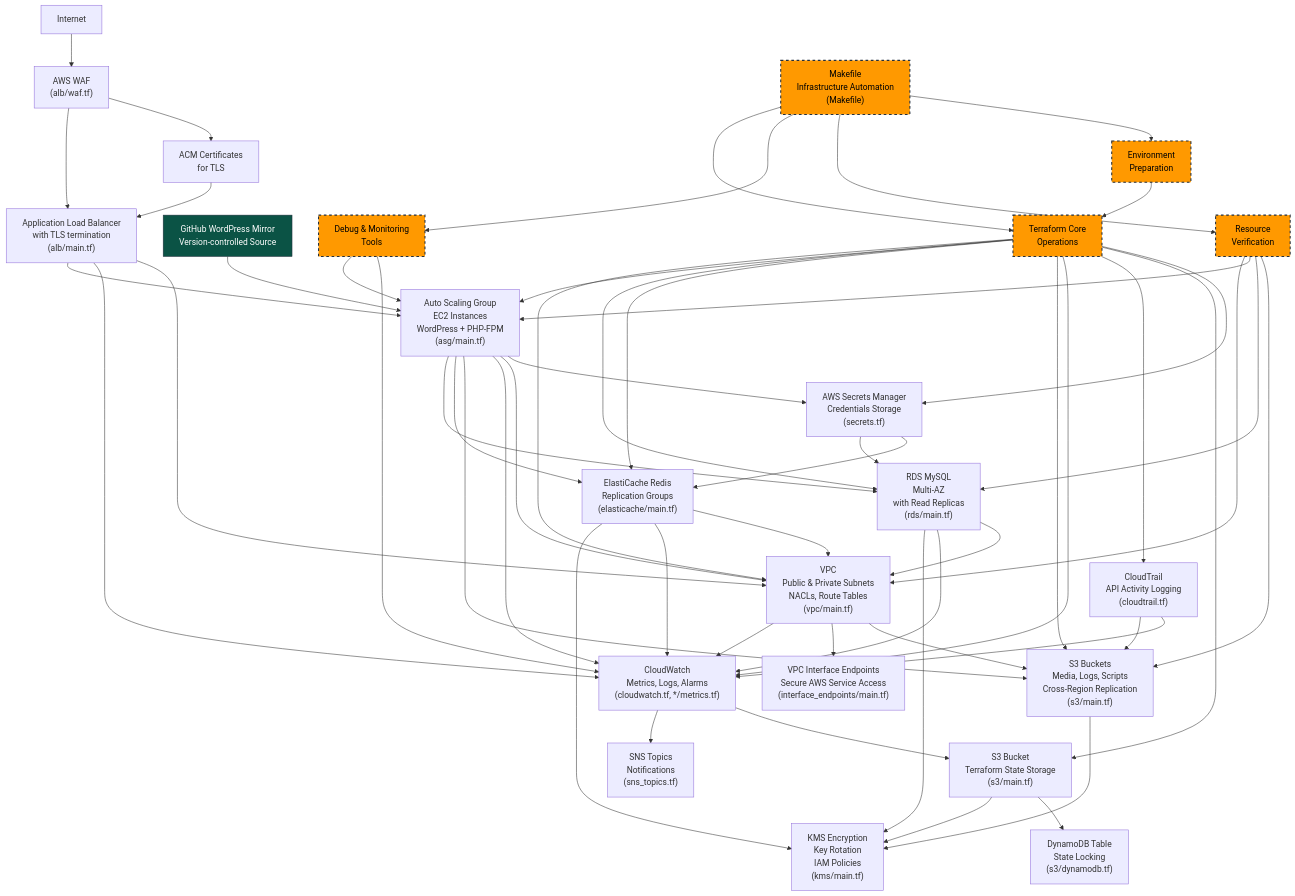
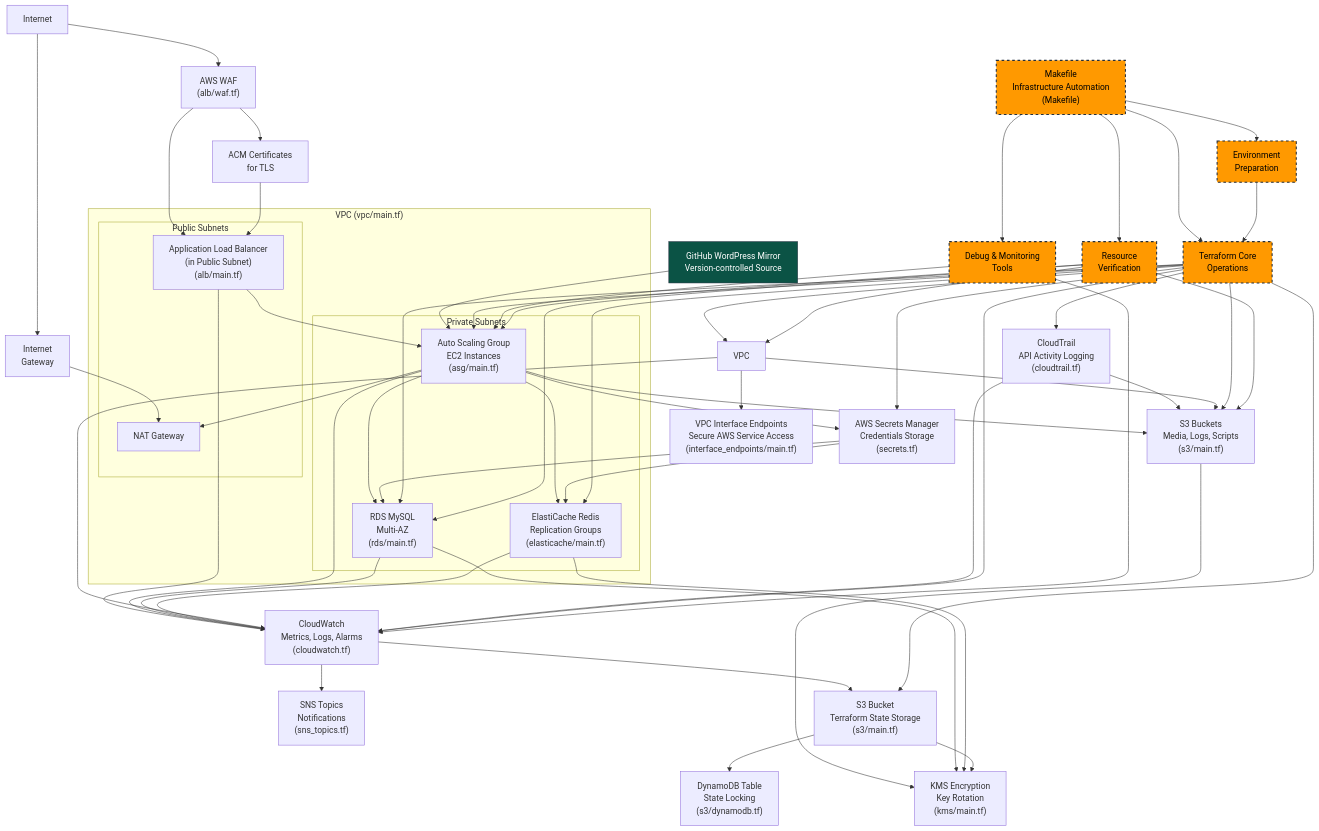
Before and after one commit to hetmanskyi-cloud/AWS: the diagram in terraform/README.md, drawn with Mermaid. The commit also changed other lines of this file and 15 other files, not shown here.

```diff
--- a/terraform/README.md
+++ b/terraform/README.md
@@ -116,7 +116,23 @@
 
     %% Network components
     Internet["Internet"] --> WAF["AWS WAF<br/>(alb/waf.tf)"]
-    WAF --> ALB["Application Load Balancer<br/>with TLS termination<br/>(alb/main.tf)"]
+    WAF --> ALB["Application Load Balancer<br/>(in Public Subnet)<br/>(alb/main.tf)"]
+
+    subgraph "VPC (vpc/main.tf)"
+        subgraph "Public Subnets"
+            ALB
+            NAT["NAT Gateway"]
+        end
+        subgraph "Private Subnets"
+            ASG["Auto Scaling Group<br/>EC2 Instances<br/>(asg/main.tf)"]
+            RDS["RDS MySQL<br/>Multi-AZ<br/>(rds/main.tf)"]
+            Redis["ElastiCache Redis<br/>Replication Groups<br/>(elasticache/main.tf)"]
+        end
+    end
+
+    Internet --> IGW["Internet<br/>Gateway"]
+    IGW --> NAT
+    ASG --> NAT
 
     %% ACM for TLS
     ACM["ACM Certificates<br/>for TLS"]
@@ -124,21 +140,21 @@
     ACM --> ALB
 
     %% Compute and database components
-    ALB --> ASG["Auto Scaling Group<br/>EC2 Instances<br/>WordPress + PHP-FPM<br/>(asg/main.tf)"]
-    ASG --> RDS["RDS MySQL<br/>Multi-AZ<br/>with Read Replicas<br/>(rds/main.tf)"]
-    ASG --> Redis["ElastiCache Redis<br/>Replication Groups<br/>(elasticache/main.tf)"]
+    ALB --> ASG
+    ASG --> RDS
+    ASG --> Redis
 
     %% WordPress Source Repository
     GitMirror["GitHub WordPress Mirror<br/>Version-controlled Source"] --> ASG
 
     %% Storage and encryption
-    ASG --> S3["S3 Buckets<br/>Media, Logs, Scripts<br/>Cross-Region Replication<br/>(s3/main.tf)"]
-    S3 --> KMS["KMS Encryption<br/>Key Rotation<br/>IAM Policies<br/>(kms/main.tf)"]
+    ASG --> S3["S3 Buckets<br/>Media, Logs, Scripts<br/>(s3/main.tf)"]
+    S3 --> KMS["KMS Encryption<br/>Key Rotation<br/>(kms/main.tf)"]
     RDS --> KMS
     Redis --> KMS
 
     %% Monitoring and logging
-    ALB --> CloudWatch["CloudWatch<br/>Metrics, Logs, Alarms<br/>(cloudwatch.tf, */metrics.tf)"]
+    ALB --> CloudWatch["CloudWatch<br/>Metrics, Logs, Alarms<br/>(cloudwatch.tf)"]
     ASG --> CloudWatch
     RDS --> CloudWatch
     Redis --> CloudWatch
@@ -150,10 +166,6 @@
     CloudTrail --> CloudWatch
 
     %% VPC and security
-    ASG --> VPC["VPC<br/>Public & Private Subnets<br/>NACLs, Route Tables<br/>(vpc/main.tf)"]
-    RDS --> VPC
-    Redis --> VPC
-    ALB --> VPC
     VPC --> Endpoints["VPC Interface Endpoints<br/>Secure AWS Service Access<br/>(interface_endpoints/main.tf)"]
     VPC --> S3
 
```
